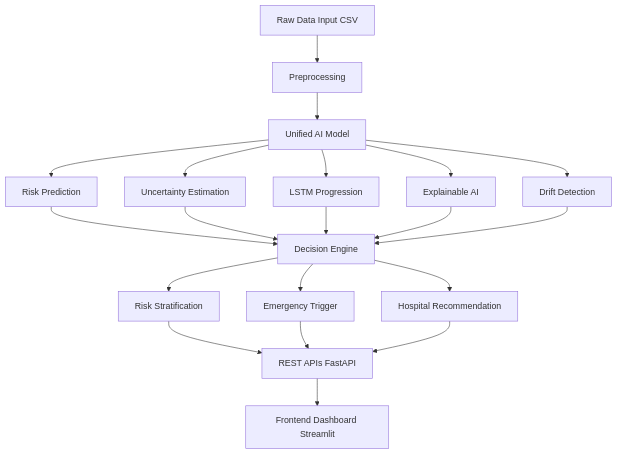
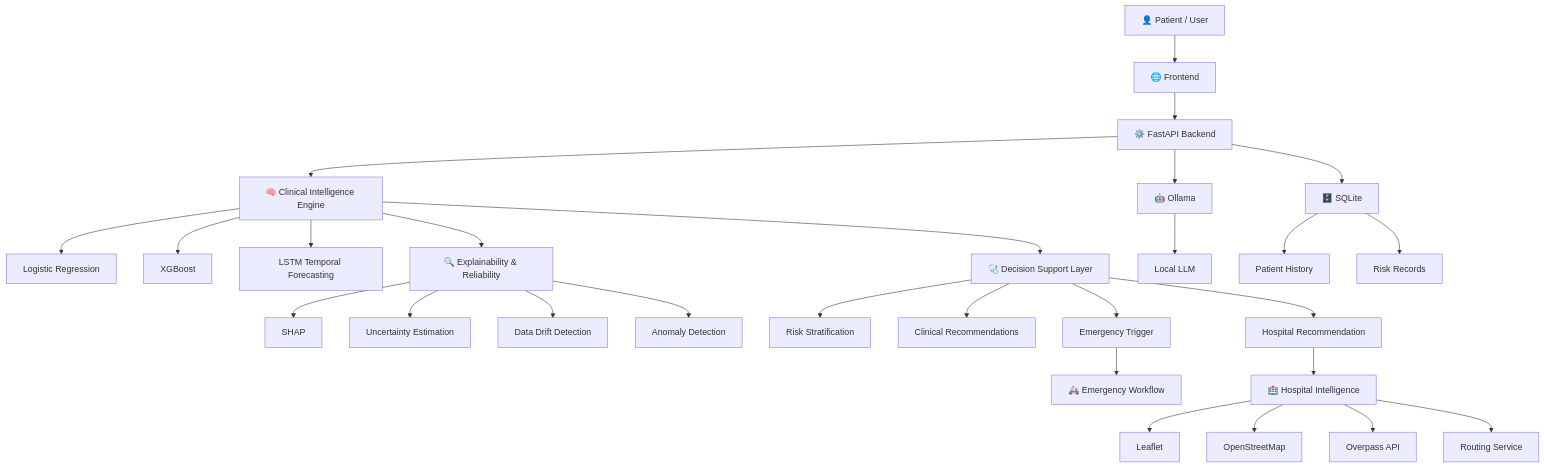
The diagram in README.md (josephsujoypulivarthi/Zemythra), drawn with Mermaid before and after one commit. The commit also changed other lines of this file, not shown here.

````diff
--- a/README.md
+++ b/README.md
@@ -59,28 +193,44 @@
 ```mermaid
-graph TD;
-    A["Raw Data Input CSV"] --> B["Preprocessing"]
-    B --> C["Unified AI Model"]
+flowchart TD
 
-    C --> C1["Risk Prediction"]
-    C --> C2["Uncertainty Estimation"]
-    C --> C3["LSTM Progression"]
-    C --> C4["Explainable AI"]
-    C --> C5["Drift Detection"]
+    A["👤 Patient / User"] --> B["🌐 Frontend"]
 
-    C1 --> D["Decision Engine"]
-    C2 --> D
-    C3 --> D
-    C4 --> D
-    C5 --> D
+    B --> C["⚙️ FastAPI Backend"]
 
-    D --> D1["Risk Stratification"]
-    D --> D2["Emergency Trigger"]
-    D --> D3["Hospital Recommendation"]
+    C --> D["🧠 Clinical Intelligence Engine"]
 
-    D1 --> E["REST APIs FastAPI"]
-    D2 --> E
-    D3 --> E
+    D --> D1["Logistic Regression"]
+    D --> D2["XGBoost"]
+    D --> D3["LSTM Temporal Forecasting"]
 
-    E --> F["Frontend Dashboard Streamlit"]
+    D --> E["🔍 Explainability & Reliability"]
 
+    E --> E1["SHAP"]
+    E --> E2["Uncertainty Estimation"]
+    E --> E3["Data Drift Detection"]
+    E --> E4["Anomaly Detection"]
+
+    D --> F["🩺 Decision Support Layer"]
+
+    F --> F1["Risk Stratification"]
+    F --> F2["Clinical Recommendations"]
+    F --> F3["Emergency Trigger"]
+    F --> F4["Hospital Recommendation"]
+
+    C --> G["🤖 Ollama"]
+    G --> G1["Local LLM"]
+
+    F3 --> H["🚑 Emergency Workflow"]
+
+    F4 --> I["🏥 Hospital Intelligence"]
+
+    I --> I1["Leaflet"]
+    I --> I2["OpenStreetMap"]
+    I --> I3["Overpass API"]
+    I --> I4["Routing Service"]
+
+    C --> J["🗄️ SQLite"]
+
+    J --> J1["Patient History"]
+    J --> J2["Risk Records"]
 ```
````
